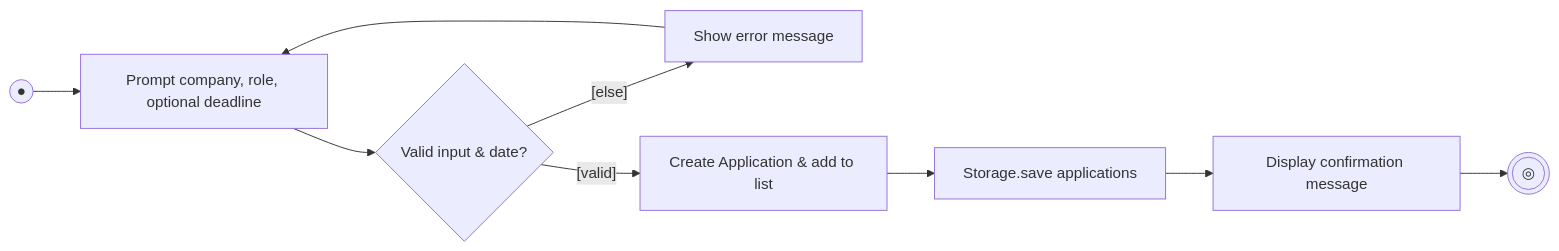
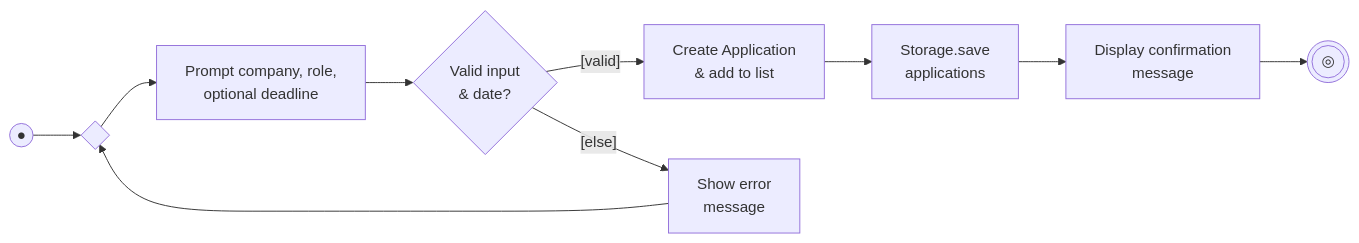
One commit to AY2627S1-CS2113-T10-2/tp changed the sixth of 22 diagrams in docs/DeveloperGuide.md. Above: the diagram before and after it, drawn with Mermaid. The commit also changed other lines of this file, not shown here.

First line of the commit message:
docs: standardize architecture diagram design and add manual testing output examples

````diff
--- a/docs/DeveloperGuide.md
+++ b/docs/DeveloperGuide.md
@@ -331,10 +321,12 @@
 ```mermaid
 flowchart LR
-    Start((●)) --> Prompt[Prompt company, role, optional deadline]
-    Prompt --> Validate{"Valid input & date?"}
-    Validate -- "[else]" --> ShowErr[Show error message] --> Prompt
-    Validate -- "[valid]" --> Create[Create Application & add to list]
-    Create --> Save[Storage.save applications]
-    Save --> Show[Display confirmation message]
+    Start((●)) --> MergePrompt{ }
+    MergePrompt --> Prompt["Prompt company, role,<br/>optional deadline"]
+    Prompt --> Validate{"Valid input<br/>& date?"}
+    Validate -->|"[valid]"| Create["Create Application<br/>& add to list"]
+    Validate -->|"[else]"| ShowErr["Show error<br/>message"]
+    ShowErr --> MergePrompt
+    Create --> Save["Storage.save<br/>applications"]
+    Save --> Show["Display confirmation<br/>message"]
     Show --> End(((◎)))
 ```
````
